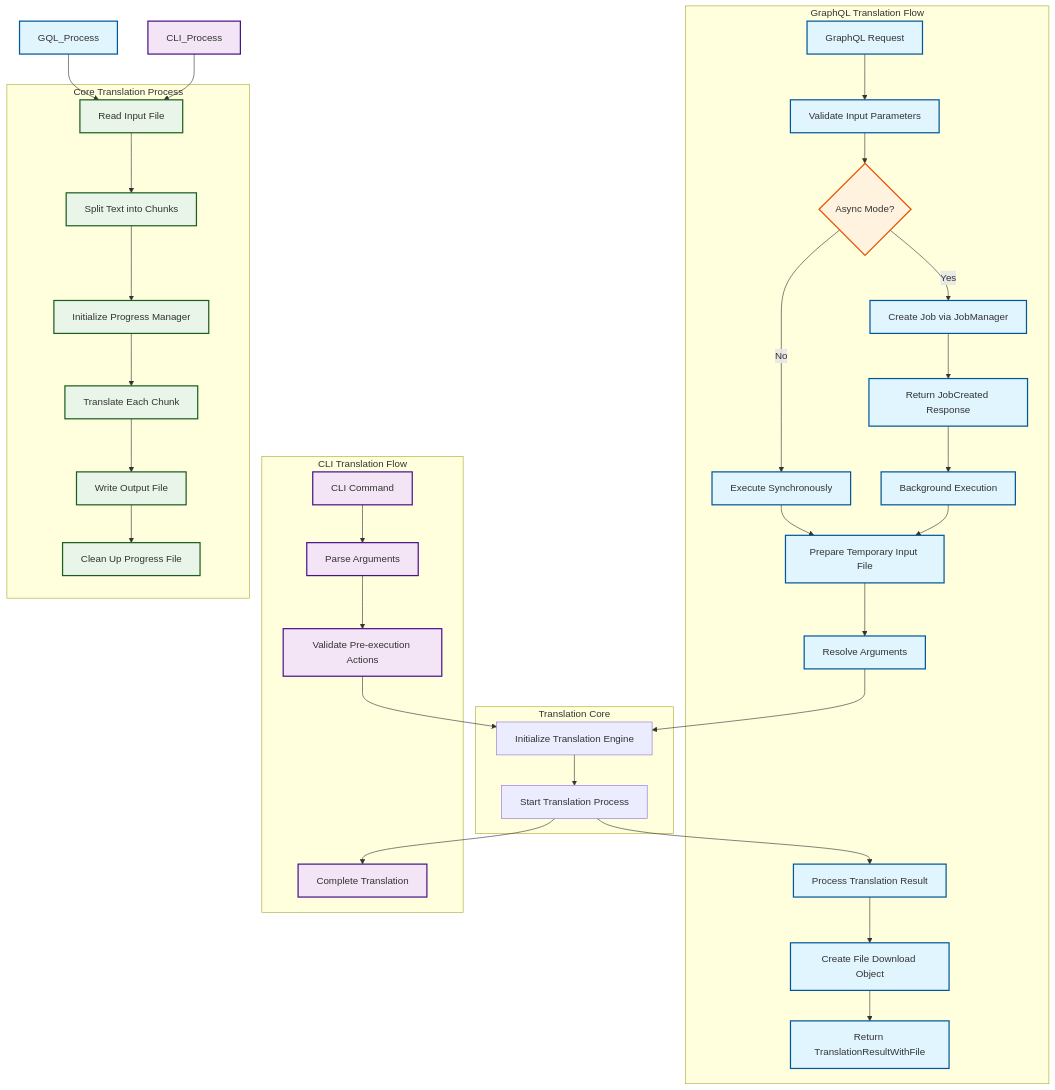
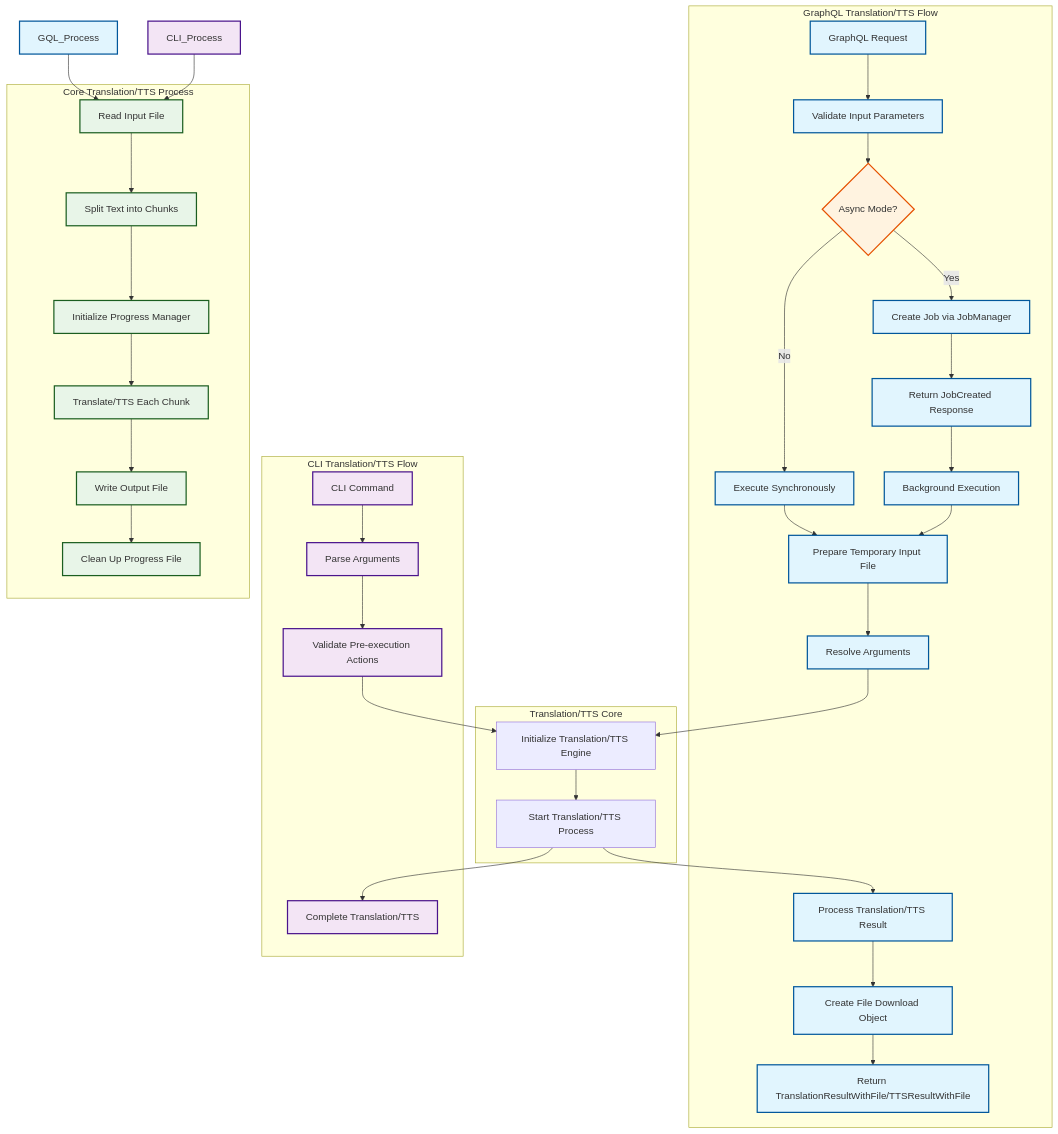
The diagram in README.md (alfonsZelicko/python-ebook-reader), drawn with Mermaid before and after one commit. The commit also changed other lines of this file and 35 other files, not shown here.

````diff
--- a/README.md
+++ b/README.md
@@ -304,65 +304,65 @@
 ```mermaid
 flowchart TD
 
     %% Shared Translation Core
-    subgraph CORE[Translation Core]
-        CORE_Engine[Initialize Translation Engine]
-        CORE_Process[Start Translation Process]
+    subgraph CORE[Translation/TTS Core]
+        CORE_Engine[Initialize Translation/TTS Engine]
+        CORE_Process[Start Translation/TTS Process]
         CORE_Engine --> CORE_Process
     end
 
     %% GraphQL Flow
-    subgraph GraphQL[GraphQL Translation Flow]
+    subgraph GraphQL[GraphQL Translation/TTS Flow]
         GQL_Start[GraphQL Request] --> GQL_Validate[Validate Input Parameters]
         GQL_Validate --> GQL_Async{Async Mode?}
         
         GQL_Async -->|Yes| GQL_CreateJob[Create Job via JobManager]
         GQL_Async -->|No| GQL_Sync[Execute Synchronously]
         
         GQL_CreateJob --> GQL_JobCreated[Return JobCreated Response]
         GQL_JobCreated --> GQL_Background[Background Execution]
         
         GQL_Sync --> GQL_Prepare[Prepare Temporary Input File]
         GQL_Background --> GQL_Prepare
         
         GQL_Prepare --> GQL_Resolve[Resolve Arguments]
         GQL_Resolve --> CORE_Engine
         
-        CORE_Process --> GQL_Result[Process Translation Result]
+        CORE_Process --> GQL_Result[Process Translation/TTS Result]
         GQL_Result --> GQL_File[Create File Download Object]
-        GQL_File --> GQL_Return[Return TranslationResultWithFile]
+        GQL_File --> GQL_Return[Return TranslationResultWithFile/TTSResultWithFile]
     end
 
     %% CLI Flow
-    subgraph CLI[CLI Translation Flow]
+    subgraph CLI[CLI Translation/TTS Flow]
         CLI_Start[CLI Command] --> CLI_Parse[Parse Arguments]
         CLI_Parse --> CLI_Validate[Validate Pre-execution Actions]
         CLI_Validate --> CORE_Engine
         
-        CORE_Process --> CLI_Complete[Complete Translation]
+        CORE_Process --> CLI_Complete[Complete Translation/TTS]
     end
     
     %% Shared Translation Process
-    subgraph Core[Core Translation Process]
+    subgraph Core[Core Translation/TTS Process]
         Core_Read[Read Input File] --> Core_Chunk[Split Text into Chunks]
         Core_Chunk --> Core_Progress[Initialize Progress Manager]
-        Core_Progress --> Core_Translate[Translate Each Chunk]
+        Core_Progress --> Core_Translate[Translate/TTS Each Chunk]
         Core_Translate --> Core_Write[Write Output File]
         Core_Write --> Core_Cleanup[Clean Up Progress File]
     end
     
     %% Connections
     GQL_Process --> Core_Read
     CLI_Process --> Core_Read
     
     %% Styling
     classDef graphql fill:#e1f5fe,stroke:#01579b,stroke-width:2px
     classDef cli fill:#f3e5f5,stroke:#4a148c,stroke-width:2px
     classDef core fill:#e8f5e8,stroke:#1b5e20,stroke-width:2px
     classDef decision fill:#fff3e0,stroke:#e65100,stroke-width:2px
     
     class GQL_Start,GQL_Validate,GQL_Async,GQL_CreateJob,GQL_JobCreated,GQL_Background,GQL_Sync,GQL_Service,GQL_Prepare,GQL_Resolve,GQL_Engine,GQL_Process,GQL_Result,GQL_File,GQL_Return graphql
     class CLI_Start,CLI_Parse,CLI_Validate,CLI_Engine,CLI_Process,CLI_Complete cli
     class Core_Read,Core_Chunk,Core_Progress,Core_Translate,Core_Write,Core_Cleanup core
     class GQL_Async decision
 ```
````
